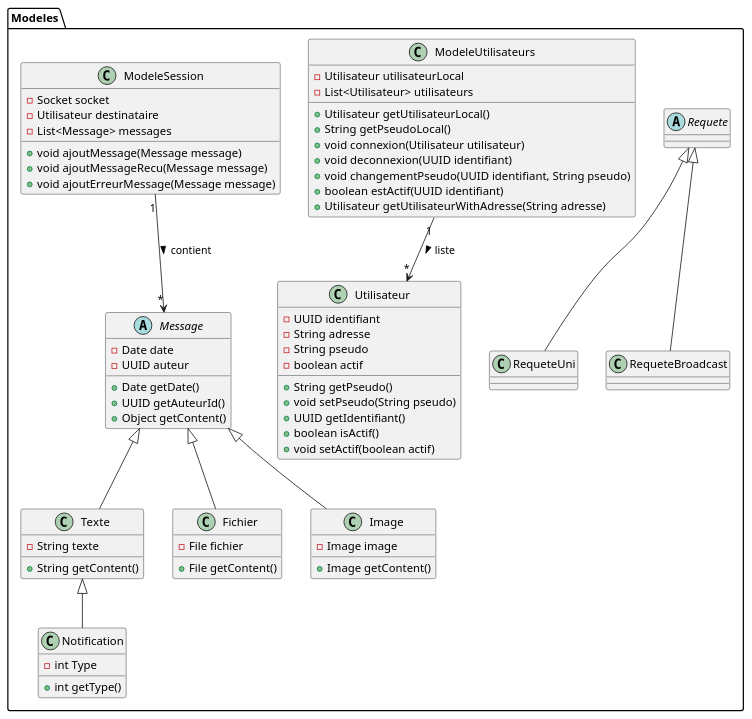
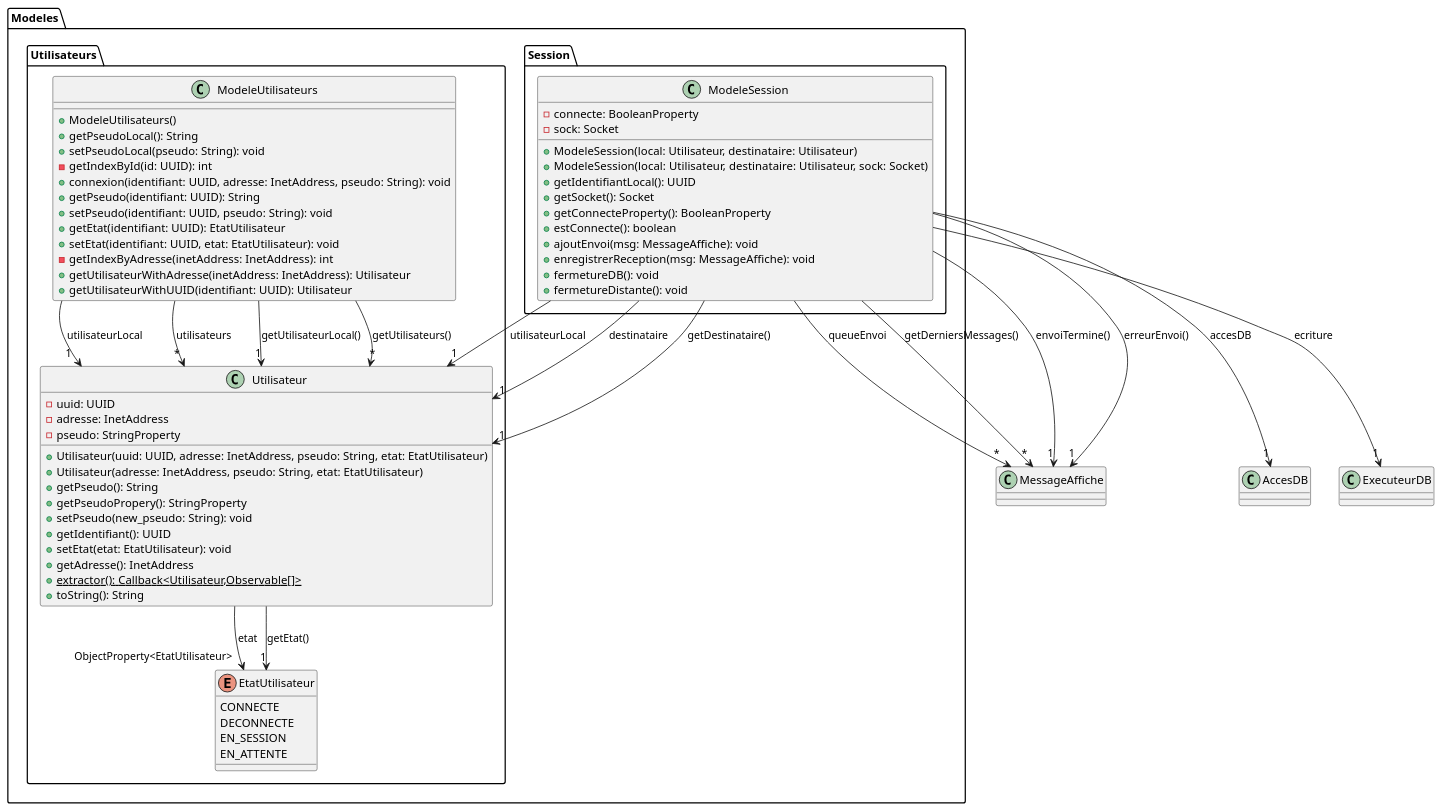
One commit to arc-hugo/clavardage_uml changed the diagram in classe/modeles.wsd. Above: the diagram before and after it, drawn with PlantUML. The commit also changed 19 other files, not shown here.

Commit message:
version finale des diagrammes

```diff
--- a/classe/modeles.wsd
+++ b/classe/modeles.wsd
@@ -1,71 +1,72 @@
 @startuml modeles
-package "Modeles" {    
-    class ModeleUtilisateurs {        
-        - Utilisateur utilisateurLocal        
-        - List<Utilisateur> utilisateurs        
-        + Utilisateur getUtilisateurLocal()
-        + String getPseudoLocal()
-        + void connexion(Utilisateur utilisateur)
-        + void deconnexion(UUID identifiant)
-        + void changementPseudo(UUID identifiant, String pseudo)
-        + boolean estActif(UUID identifiant)
-        + Utilisateur getUtilisateurWithAdresse(String adresse)
-    }    
-    class ModeleSession {        
-        - Socket socket        
-        - Utilisateur destinataire        
-        - List<Message> messages
-        + void ajoutMessage(Message message)
-        + void ajoutMessageRecu(Message message)
-        + void ajoutErreurMessage(Message message)
-    }    
-    class Utilisateur {        
-        - UUID identifiant
-        - String adresse
-        - String pseudo        
-        - boolean actif        
-        + String getPseudo()        
-        + void setPseudo(String pseudo)        
-        + UUID getIdentifiant()        
-        + boolean isActif()        
-        + void setActif(boolean actif)    
-    }    
-    abstract class Message {        
-        - Date date        
-        - UUID auteur        
-        + Date getDate()        
-        + UUID getAuteurId()        
-        + Object getContent()    
-    }    
-    class Texte {        
-        - String texte        
-        + String getContent()    
-    }   
-    class Fichier {        
-        - File fichier        
-        + File getContent()    
-    }    
-    class Image {        
-        - Image image        
-        + Image getContent()    
-    }    
-    class Notification {        
-        - int Type        
-        + int getType()   
-    }    
-    abstract class Requete {     }
-    class RequeteUni    
-    class RequeteBroadcast     
-    
-    Texte -up-|> Message    
-    Image -up-|> Message    
-    Fichier -up-|> Message    
-    Notification -up-|> Texte     
-    
-    RequeteUni -up-|> Requete    
-    RequeteBroadcast -up-|> Requete     
-    
-    ModeleSession "1" -down-> "*" Message : contient >     
-    ModeleUtilisateurs "1" --> "*" Utilisateur : liste > 
+package Modeles {
+   package Session {
+      class ModeleSession [[java:gei.barralberry.clavardage.modeles.session.ModeleSession]] {
+	    -connecte: BooleanProperty
+	    -sock: Socket
+	    +ModeleSession(local: Utilisateur, destinataire: Utilisateur)
+	    +ModeleSession(local: Utilisateur, destinataire: Utilisateur, sock: Socket)
+	    +getIdentifiantLocal(): UUID
+	    +getSocket(): Socket
+	    +getConnecteProperty(): BooleanProperty
+	    +estConnecte(): boolean
+	    +ajoutEnvoi(msg: MessageAffiche): void
+	    +enregistrerReception(msg: MessageAffiche): void
+	    +fermetureDB(): void
+	    +fermetureDistante(): void
+      }
+   }
+   package Utilisateurs {
+      class ModeleUtilisateurs [[java:gei.barralberry.clavardage.modeles.utilisateurs.ModeleUtilisateurs]] {
+	    +ModeleUtilisateurs()
+	    +getPseudoLocal(): String
+	    +setPseudoLocal(pseudo: String): void
+	    -getIndexById(id: UUID): int
+	    +connexion(identifiant: UUID, adresse: InetAddress, pseudo: String): void
+	    +getPseudo(identifiant: UUID): String
+	    +setPseudo(identifiant: UUID, pseudo: String): void
+	    +getEtat(identifiant: UUID): EtatUtilisateur
+	    +setEtat(identifiant: UUID, etat: EtatUtilisateur): void
+	    -getIndexByAdresse(inetAddress: InetAddress): int
+	    +getUtilisateurWithAdresse(inetAddress: InetAddress): Utilisateur
+	    +getUtilisateurWithUUID(identifiant: UUID): Utilisateur
+      }
+      enum EtatUtilisateur [[java:gei.barralberry.clavardage.modeles.utilisateurs.EtatUtilisateur]] {
+	CONNECTE
+	DECONNECTE
+	EN_SESSION
+	EN_ATTENTE
+      }
+      class Utilisateur [[java:gei.barralberry.clavardage.modeles.utilisateurs.Utilisateur]] {
+	-uuid: UUID
+	-adresse: InetAddress
+	-pseudo: StringProperty
+	+Utilisateur(uuid: UUID, adresse: InetAddress, pseudo: String, etat: EtatUtilisateur)
+	+Utilisateur(adresse: InetAddress, pseudo: String, etat: EtatUtilisateur)
+	+getPseudo(): String
+	+getPseudoPropery(): StringProperty
+	+setPseudo(new_pseudo: String): void
+	+getIdentifiant(): UUID
+	+setEtat(etat: EtatUtilisateur): void
+	+getAdresse(): InetAddress
+	+{static} extractor(): Callback<Utilisateur,Observable[]>
+	+toString(): String
+      }
+   }
 }
+ModeleUtilisateurs --> "1" Utilisateur : utilisateurLocal
+ModeleUtilisateurs --> "*" Utilisateur : utilisateurs
+ModeleUtilisateurs --> "1" Utilisateur : getUtilisateurLocal()
+ModeleUtilisateurs --> "*" Utilisateur : getUtilisateurs()
+ModeleSession --> "1" Utilisateur : utilisateurLocal
+ModeleSession --> "1" Utilisateur : destinataire
+ModeleSession --> "*" MessageAffiche : queueEnvoi
+ModeleSession --> "1" AccesDB : accesDB
+ModeleSession --> "1" ExecuteurDB : ecriture
+ModeleSession --> "1" Utilisateur : getDestinataire()
+ModeleSession --> "*" MessageAffiche : getDerniersMessages()
+ModeleSession --> "1" MessageAffiche : envoiTermine()
+ModeleSession --> "1" MessageAffiche : erreurEnvoi()
+Utilisateur --> "ObjectProperty<EtatUtilisateur>" EtatUtilisateur : etat
+Utilisateur --> "1" EtatUtilisateur : getEtat()
 @enduml
```
